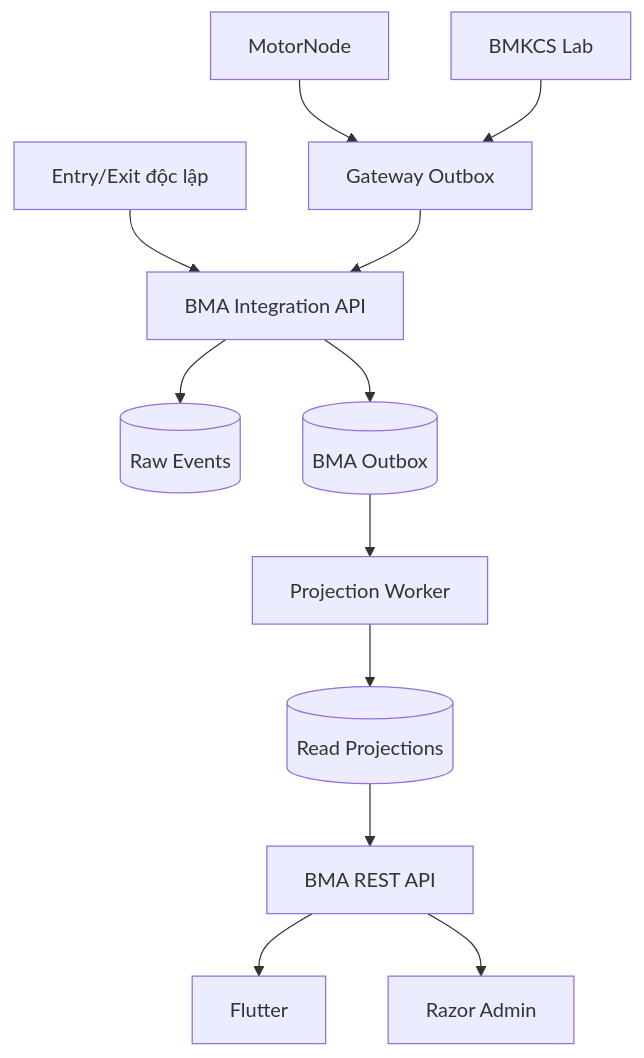
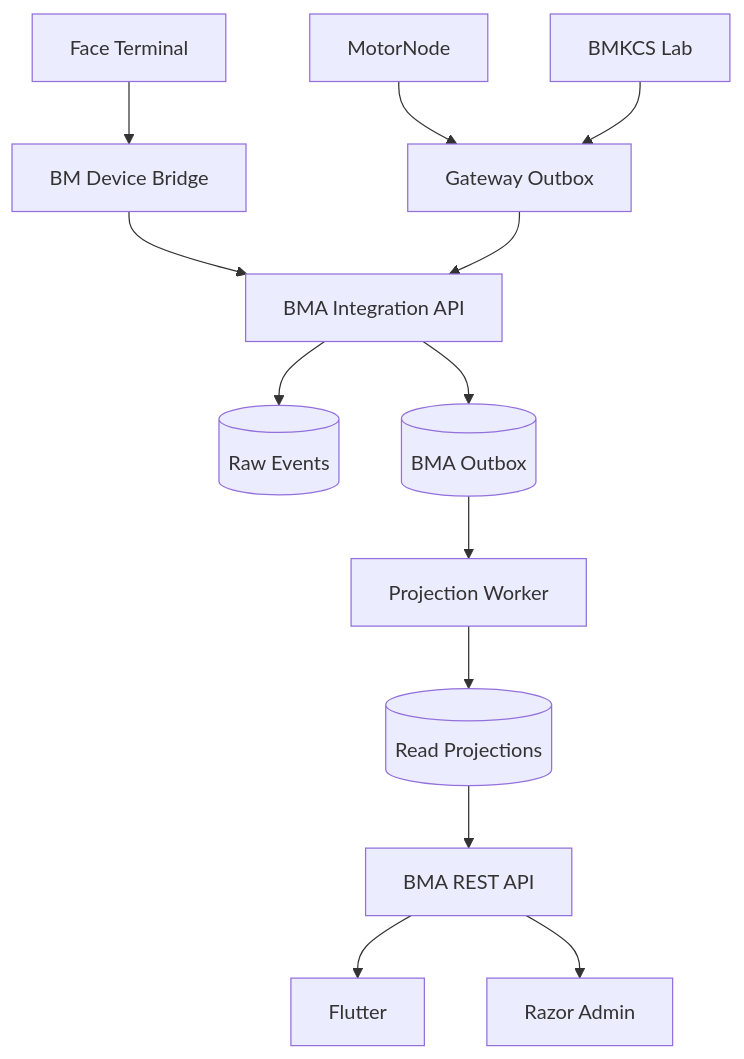
The diagram in docs/ARCHITECTURE.md (nguyenmian3012-code/BMA_BinhMinhApp), drawn with Mermaid before and after one commit. The commit also changed other lines of this file and 41 other files, not shown here.

````diff
--- a/docs/ARCHITECTURE.md
+++ b/docs/ARCHITECTURE.md
@@ -10,14 +10,15 @@
 ```mermaid
 flowchart TD
   MN[MotorNode] --> GO[Gateway Outbox]
   QC[BMKCS Lab] --> GO
-  EE[Entry/Exit độc lập] --> BI[BMA Integration API]
+  FT[Face Terminal] --> BR[BM Device Bridge]
+  BR --> BI[BMA Integration API]
   GO --> BI
   BI --> RE[(Raw Events)]
   BI --> OB[(BMA Outbox)]
   OB --> PJ[Projection Worker]
   PJ --> RP[(Read Projections)]
   RP --> API[BMA REST API]
   API --> MB[Flutter]
   API --> AD[Razor Admin]
 ```
````
